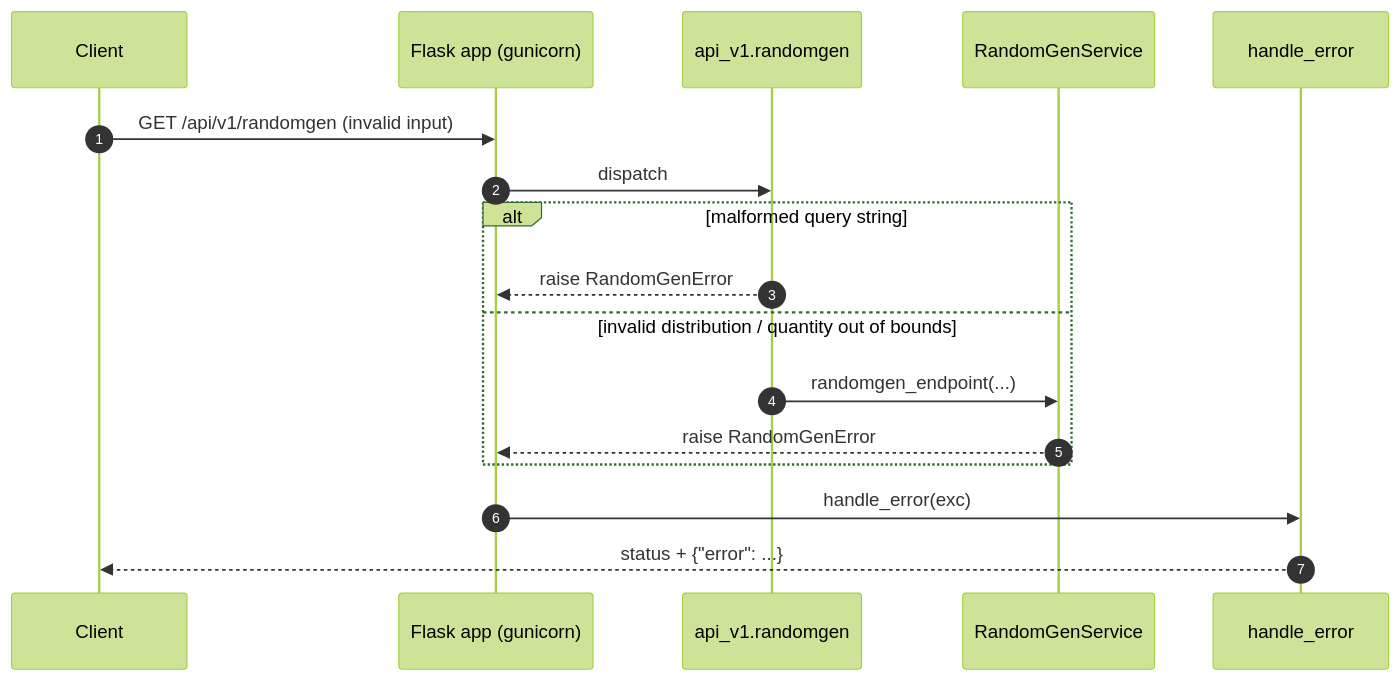
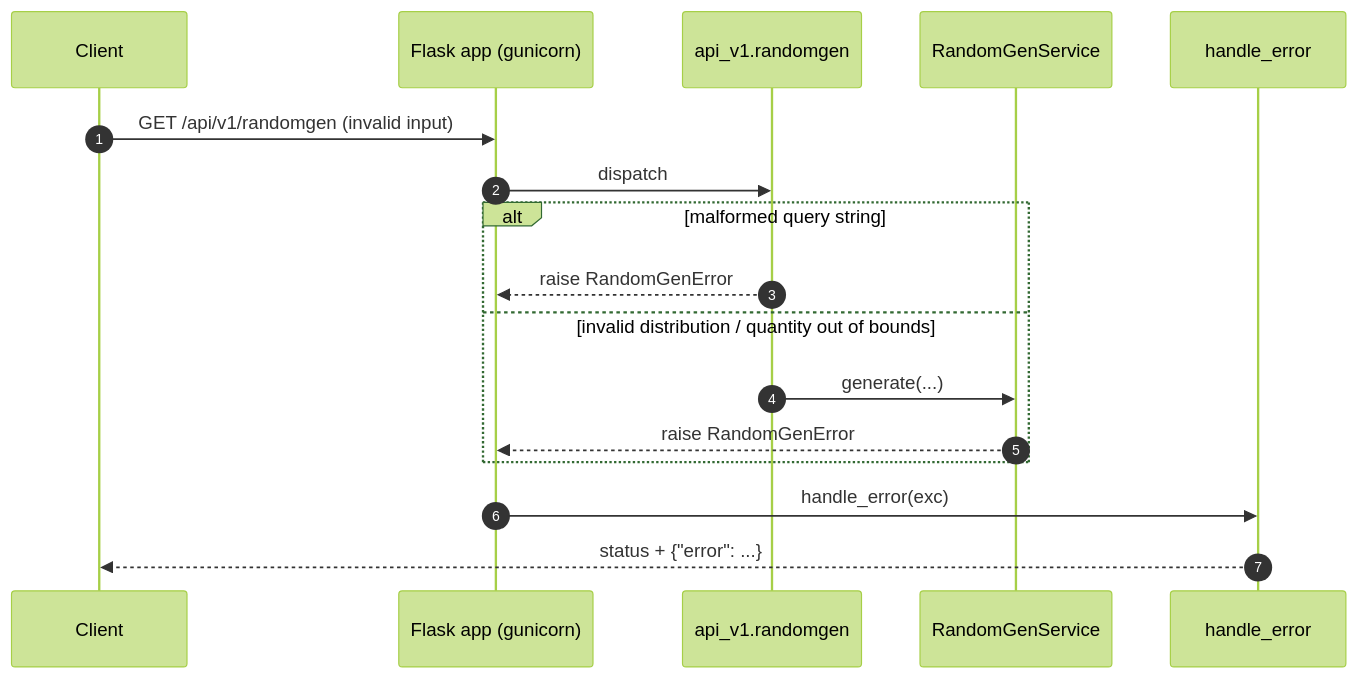
The second of 3 diagrams in docs/arc42/06-runtime-view.md (braboj/demo-randomgen), drawn with Mermaid (forest theme) before and after one commit. The commit also changed other lines of this file and 4 other files, not shown here.

````diff
--- a/docs/arc42/06-runtime-view.md
+++ b/docs/arc42/06-runtime-view.md
@@ -57,20 +57,20 @@
 ```mermaid
 sequenceDiagram
     autonumber
     participant C as Client
     participant F as Flask app (gunicorn)
     participant R as api_v1.randomgen
     participant API as RandomGenService
     participant EH as handle_error
 
     C->>F: GET /api/v1/randomgen (invalid input)
     F->>R: dispatch
     alt malformed query string
         R-->>F: raise RandomGenError
     else invalid distribution / quantity out of bounds
-        R->>API: randomgen_endpoint(...)
+        R->>API: generate(...)
         API-->>F: raise RandomGenError
     end
     F->>EH: handle_error(exc)
     EH-->>C: status + {"error": ...}
 ```
````
